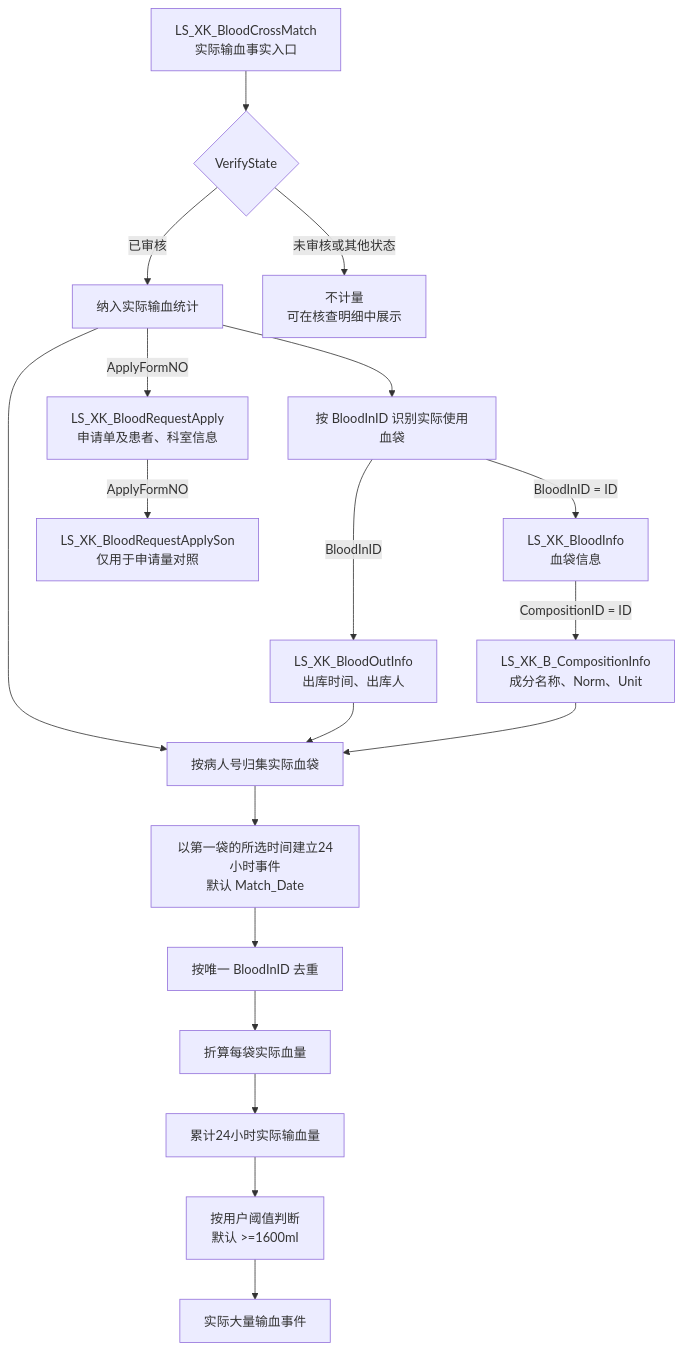
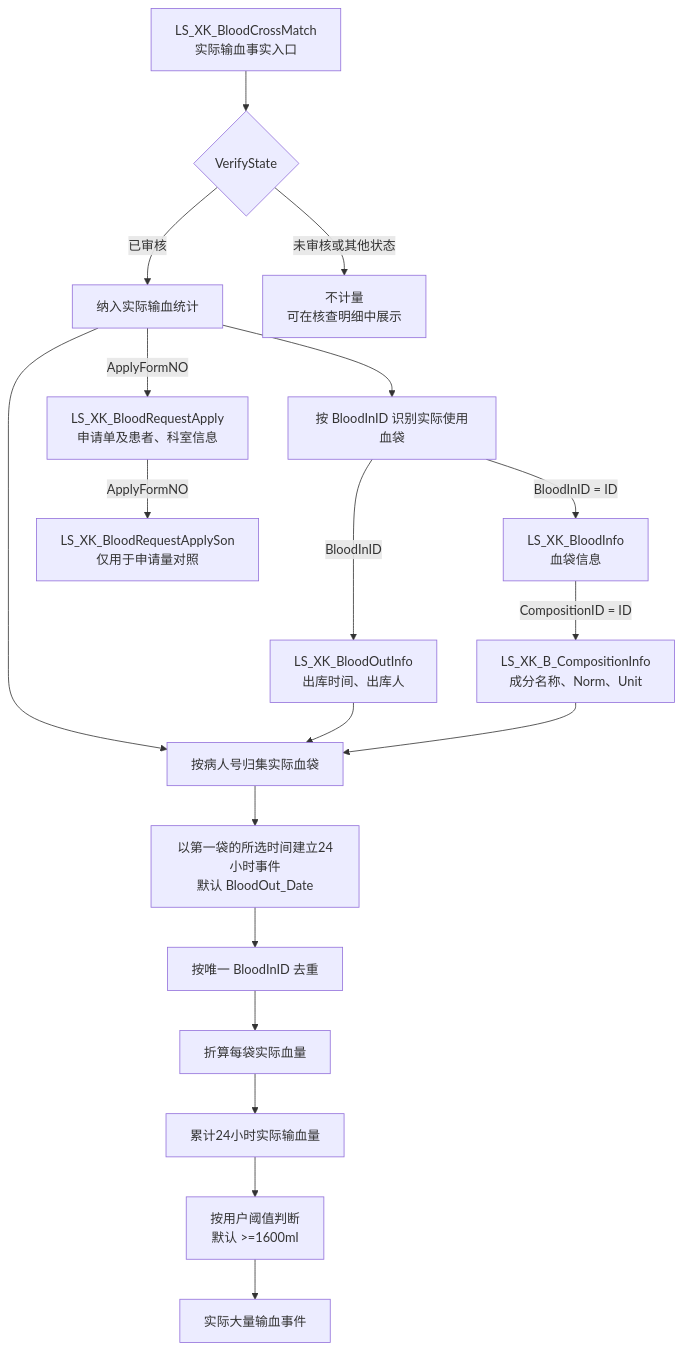
The second of 2 diagrams in MASSIVE_TRANSFUSION_STATISTICS_DESIGN.md (zemise/cpp_search), drawn with Mermaid before and after one commit. The commit also changed other lines of this file and 11 other files, not shown here.

````diff
--- a/MASSIVE_TRANSFUSION_STATISTICS_DESIGN.md
+++ b/MASSIVE_TRANSFUSION_STATISTICS_DESIGN.md
@@ -104,26 +104,26 @@
 ```mermaid
 flowchart TD
     A["LS_XK_BloodCrossMatch<br/>实际输血事实入口"] --> B{"VerifyState"}
     B -->|"已审核"| C["纳入实际输血统计"]
     B -->|"未审核或其他状态"| D["不计量<br/>可在核查明细中展示"]
 
     C --> E["按 BloodInID 识别实际使用血袋"]
     E -->|"BloodInID = ID"| F["LS_XK_BloodInfo<br/>血袋信息"]
 
     F -->|"CompositionID = ID"| G["LS_XK_B_CompositionInfo<br/>成分名称、Norm、Unit"]
     E -->|"BloodInID"| H["LS_XK_BloodOutInfo<br/>出库时间、出库人"]
 
     C -->|"ApplyFormNO"| I["LS_XK_BloodRequestApply<br/>申请单及患者、科室信息"]
     I -->|"ApplyFormNO"| J["LS_XK_BloodRequestApplySon<br/>仅用于申请量对照"]
 
     C --> K["按病人号归集实际血袋"]
     H --> K
     G --> K
 
-    K --> L["以第一袋的所选时间建立24小时事件<br/>默认 Match_Date"]
+    K --> L["以第一袋的所选时间建立24小时事件<br/>默认 BloodOut_Date"]
     L --> M["按唯一 BloodInID 去重"]
     M --> N["折算每袋实际血量"]
     N --> O["累计24小时实际输血量"]
     O --> P["按用户阈值判断<br/>默认 >=1600ml"]
     P --> Q["实际大量输血事件"]
 ```
````
